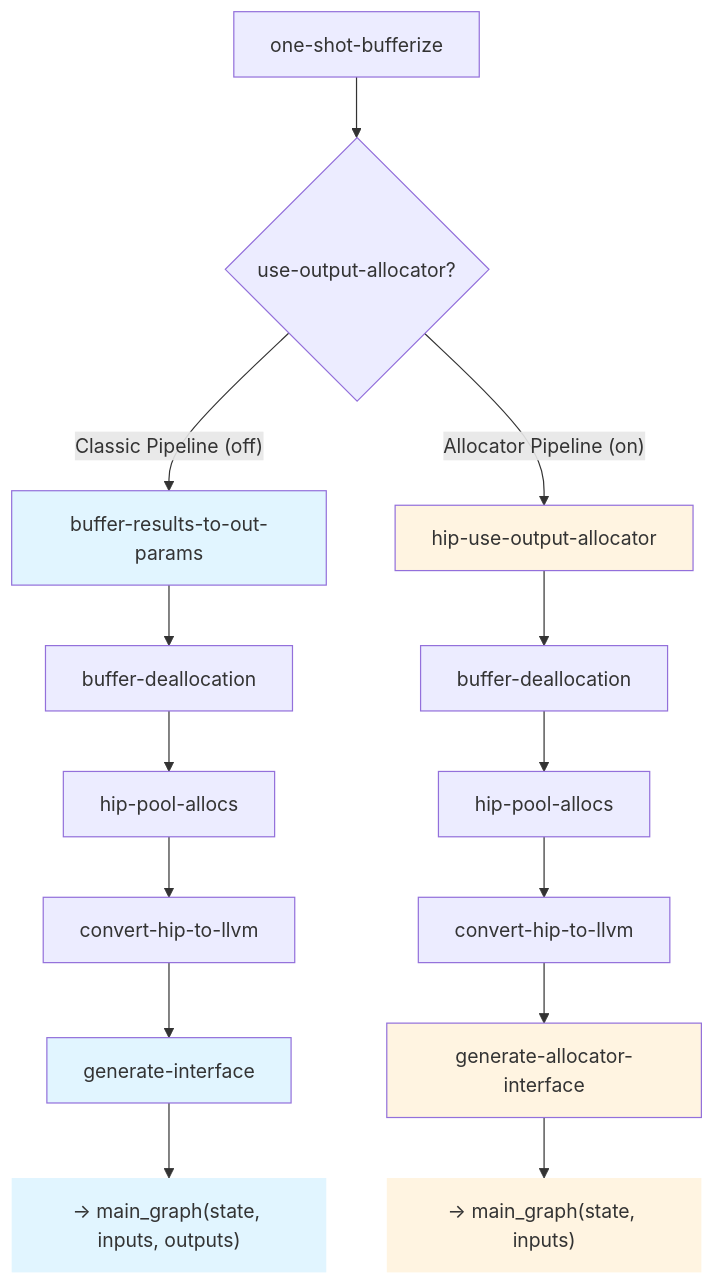
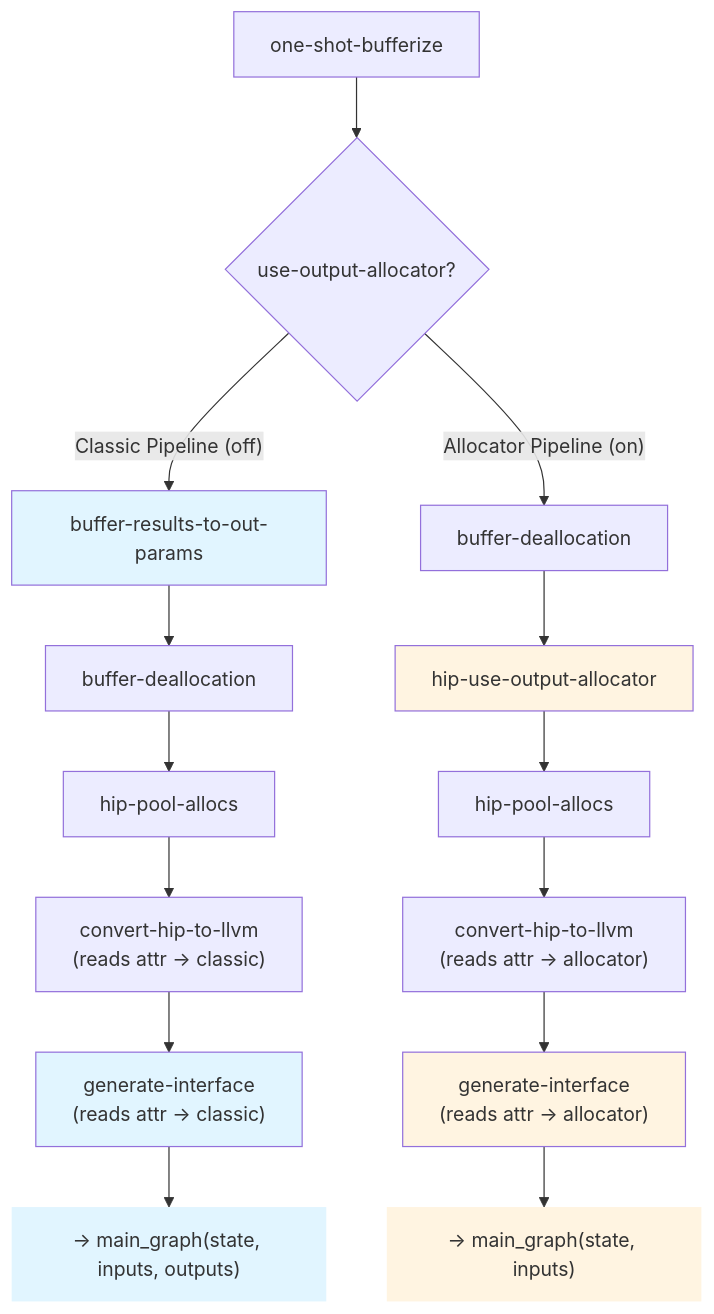
Before and after one commit to ROCm/hip-ep: the first of 2 diagrams in docs/design/output-allocator-design.md, drawn with Mermaid. The commit also changed other lines of this file and 12 other files, not shown here.

First line of the commit message:
feat(hip): allocator-aware codegen + pipeline branch (phase 4) (#301)

````diff
--- a/docs/design/output-allocator-design.md
+++ b/docs/design/output-allocator-design.md
@@ -51,28 +51,28 @@
 ```mermaid
 graph TD
     A[one-shot-bufferize] --> B{"use-output-allocator?"}
     B -->|"Classic Pipeline (off)"| D1[buffer-results-to-out-params]
-    B -->|"Allocator Pipeline (on)"| D2[hip-use-output-allocator]
+    B -->|"Allocator Pipeline (on)"| E2[buffer-deallocation]
 
     D1 --> E1[buffer-deallocation]
-    D2 --> E2[buffer-deallocation]
+    E2 --> D2[hip-use-output-allocator]
 
     E1 --> F1[hip-pool-allocs]
-    E2 --> F2[hip-pool-allocs]
+    D2 --> F2[hip-pool-allocs]
 
-    F1 --> G1[convert-hip-to-llvm]
-    F2 --> G2[convert-hip-to-llvm]
+    F1 --> G1["convert-hip-to-llvm<br/>(reads attr → classic)"]
+    F2 --> G2["convert-hip-to-llvm<br/>(reads attr → allocator)"]
 
-    G1 --> H1[generate-interface]
-    G2 --> H2[generate-allocator-interface]
+    G1 --> H1["generate-interface<br/>(reads attr → classic)"]
+    G2 --> H2["generate-interface<br/>(reads attr → allocator)"]
 
     H1 --> O1["→ main_graph(state, inputs, outputs)"]
     H2 --> O2["→ main_graph(state, inputs)"]
 
     style D1 fill:#e1f5ff
     style H1 fill:#e1f5ff
     style O1 fill:#e1f5ff,stroke-width:0px
     style D2 fill:#fff4e1
     style H2 fill:#fff4e1
     style O2 fill:#fff4e1,stroke-width:0px
 ```
````
